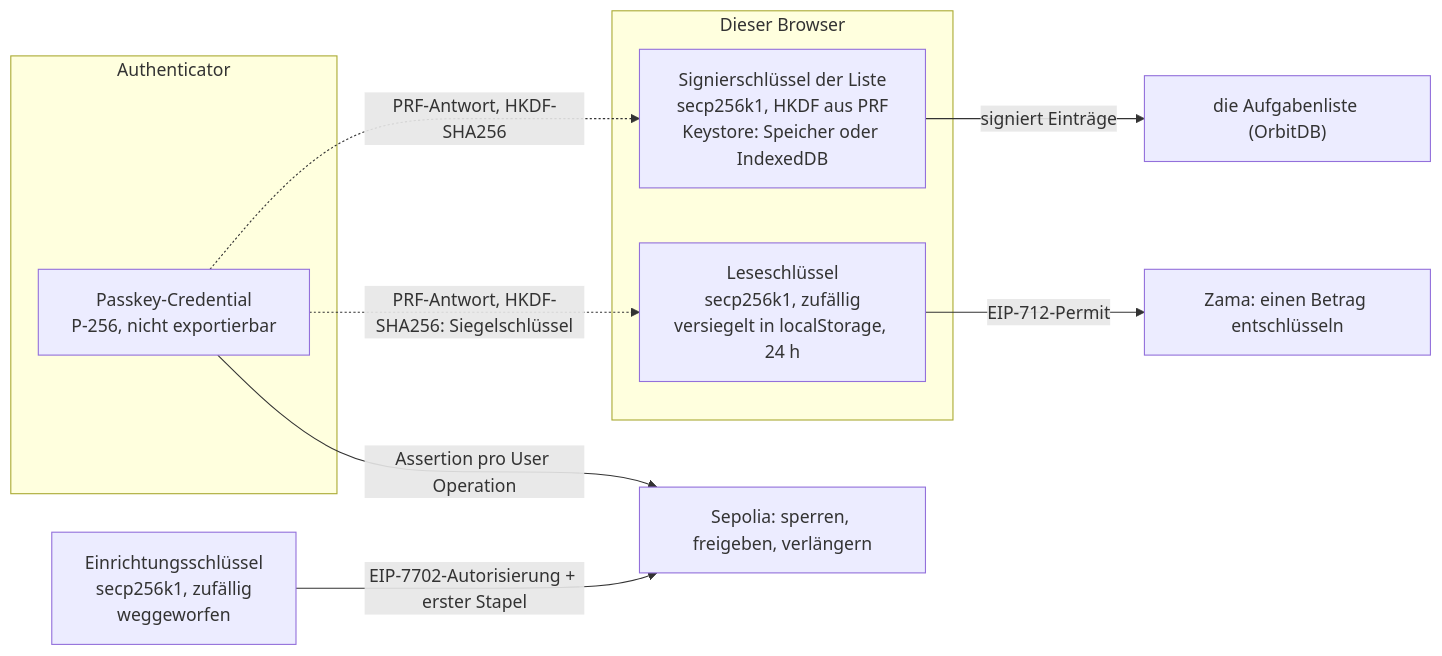
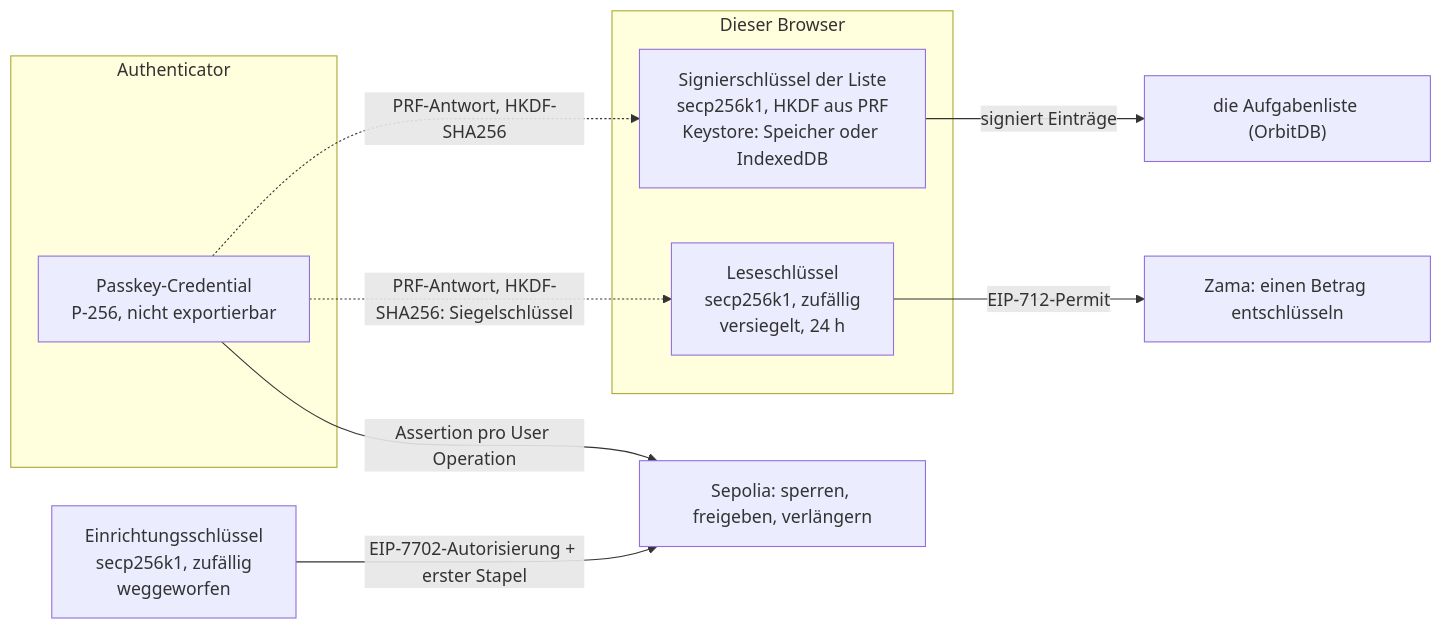
Before and after one commit to Le-Space/simple-todo: the diagram in apps/escrow01/docs/keys.de.md, drawn with Mermaid. The commit also changed other lines of this file and 27 other files, not shown here.

````diff
--- a/apps/escrow01/docs/keys.de.md
+++ b/apps/escrow01/docs/keys.de.md
@@ -53,17 +54,17 @@
 ```mermaid
 flowchart LR
   subgraph hw["Authenticator"]
     cred["Passkey-Credential<br/>P-256, nicht exportierbar"]
   end
   subgraph browser["Dieser Browser"]
     sign["Signierschlüssel der Liste<br/>secp256k1, HKDF aus PRF<br/>Keystore: Speicher oder IndexedDB"]
-    read["Leseschlüssel<br/>secp256k1, zufällig<br/>versiegelt in localStorage, 24 h"]
+    read["Leseschlüssel<br/>secp256k1, zufällig<br/>versiegelt, 24 h"]
   end
   setup["Einrichtungsschlüssel<br/>secp256k1, zufällig<br/>weggeworfen"]
   cred -->|"Assertion pro User Operation"| chain["Sepolia: sperren, freigeben, verlängern"]
   cred -.->|"PRF-Antwort, HKDF-SHA256"| sign
   sign -->|"signiert Einträge"| list["die Aufgabenliste (OrbitDB)"]
   setup -->|"EIP-7702-Autorisierung + erster Stapel"| chain
   cred -.->|"PRF-Antwort, HKDF-SHA256: Siegelschlüssel"| read
   read -->|"EIP-712-Permit"| zama["Zama: einen Betrag entschlüsseln"]
 ```
````
